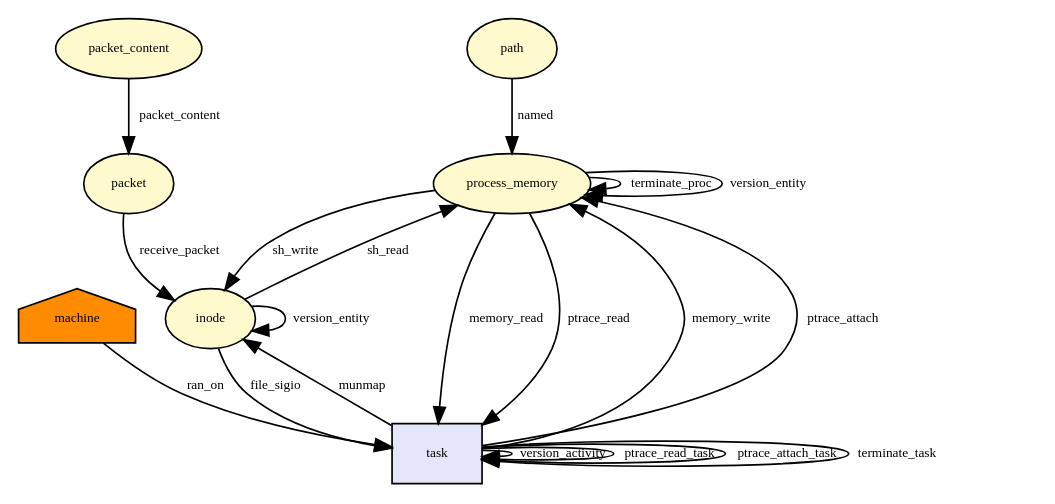
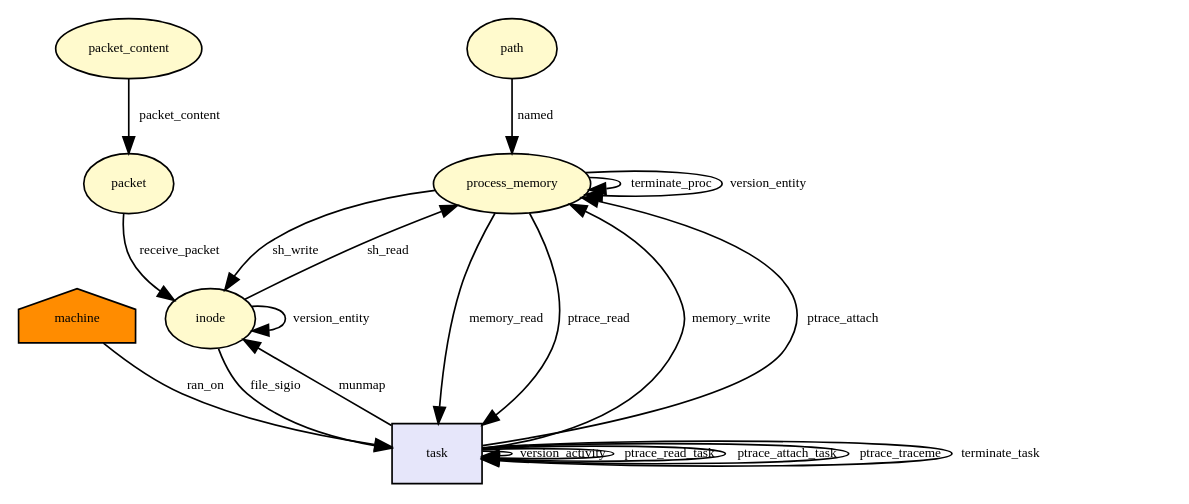
The diagram in docs/dot/__x64_sys_ptrace.dot (CamFlow/camflow-dev), drawn with Graphviz before and after one commit. The commit also changed 10 other files, not shown here.

Commit message:
add support for ptrace_traceme

```diff
--- a/docs/dot/__x64_sys_ptrace.dot
+++ b/docs/dot/__x64_sys_ptrace.dot
@@ -1,53 +1,55 @@
 digraph RGL__DirectedAdjacencyGraph {process_memory[fontsize = 8,label = process_memory,shape = ellipse, fillcolor="#fffacd", style = filled]
 
 process_memory -> process_memory[fontsize = 8,label = terminate_proc]
 
 inode[fontsize = 8,label = inode,shape = ellipse, fillcolor="#fffacd", style = filled]
 
 task[fontsize = 8,label = task,shape = rectangle, fillcolor="#e6e6fa", style = filled]
 
 inode -> task[fontsize = 8,label = file_sigio]
 
 task -> process_memory[fontsize = 8,label = memory_write]
 
 task -> task[fontsize = 8,label = version_activity]
 
 process_memory -> process_memory[fontsize = 8,label = version_entity]
 
 process_memory -> inode[fontsize = 8,label = sh_write]
 
 inode -> inode[fontsize = 8,label = version_entity]
 
 path[fontsize = 8,label = path,shape = ellipse, fillcolor="#fffacd", style = filled]
 
 path -> process_memory[fontsize = 8,label = named]
 
 machine[fontsize = 8,label = machine,shape = house, fillcolor="#ff8c00", style = filled]
 
 machine -> task[fontsize = 8,label = ran_on]
 
 process_memory -> task[fontsize = 8,label = memory_read]
 
 task -> inode[fontsize = 8,label = munmap]
 
 inode -> process_memory[fontsize = 8,label = sh_read]
 
 task -> task[fontsize = 8,label = ptrace_read_task]
 
 process_memory -> task[fontsize = 8,label = ptrace_read]
 
 task -> process_memory[fontsize = 8,label = ptrace_attach]
 
 task -> task[fontsize = 8,label = ptrace_attach_task]
 
+task -> task[fontsize = 8,label = ptrace_traceme]
+
 packet_content[fontsize = 8,label = packet_content,shape = ellipse, fillcolor="#fffacd", style = filled]
 
 packet[fontsize = 8,label = packet,shape = ellipse, fillcolor="#fffacd", style = filled]
 
 packet_content -> packet[fontsize = 8,label = packet_content]
 
 packet -> inode[fontsize = 8,label = receive_packet]
 
 task -> task[fontsize = 8,label = terminate_task]
 
 }
```
